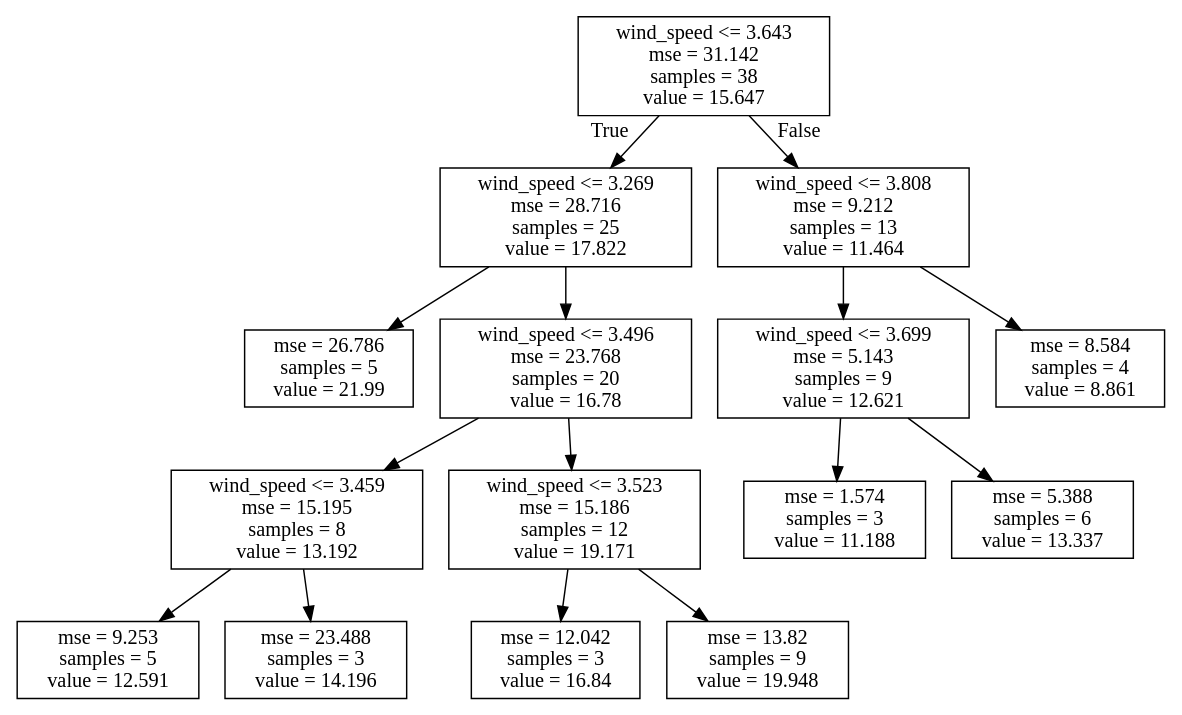
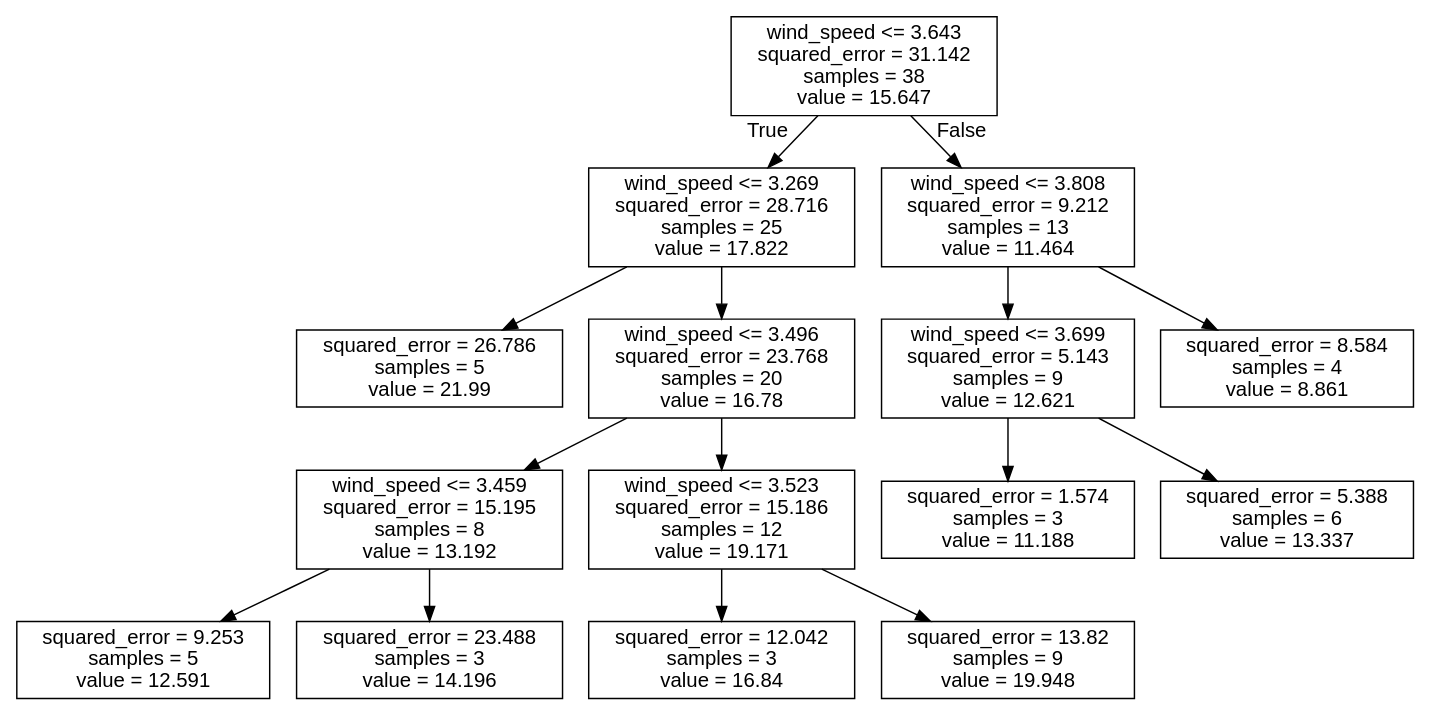
The diagram in Norway_Morsa/BayesianNetwork/Figures/Discretization_regTrees/Pairwise/DotFiles/metno_6Mseasons_chla-wind_speed.dot (NIVANorge/seasonal_forecasting_watexr), drawn with Graphviz before and after one commit. The commit also changed 113 other files, not shown here.

```diff
--- a/Norway_Morsa/BayesianNetwork/Figures/Discretization_regTrees/Pairwise/DotFiles/metno_6Mseasons_chla-wind_speed.dot
+++ b/Norway_Morsa/BayesianNetwork/Figures/Discretization_regTrees/Pairwise/DotFiles/metno_6Mseasons_chla-wind_speed.dot
@@ -1,32 +1,33 @@
 digraph Tree {
-node [shape=box] ;
-0 [label="wind_speed <= 3.643\nmse = 31.142\nsamples = 38\nvalue = 15.647"] ;
-1 [label="wind_speed <= 3.269\nmse = 28.716\nsamples = 25\nvalue = 17.822"] ;
+node [shape=box, fontname="helvetica"] ;
+edge [fontname="helvetica"] ;
+0 [label="wind_speed <= 3.643\nsquared_error = 31.142\nsamples = 38\nvalue = 15.647"] ;
+1 [label="wind_speed <= 3.269\nsquared_error = 28.716\nsamples = 25\nvalue = 17.822"] ;
 0 -> 1 [labeldistance=2.5, labelangle=45, headlabel="True"] ;
-3 [label="mse = 26.786\nsamples = 5\nvalue = 21.99"] ;
+3 [label="squared_error = 26.786\nsamples = 5\nvalue = 21.99"] ;
 1 -> 3 ;
-4 [label="wind_speed <= 3.496\nmse = 23.768\nsamples = 20\nvalue = 16.78"] ;
+4 [label="wind_speed <= 3.496\nsquared_error = 23.768\nsamples = 20\nvalue = 16.78"] ;
 1 -> 4 ;
-5 [label="wind_speed <= 3.459\nmse = 15.195\nsamples = 8\nvalue = 13.192"] ;
+5 [label="wind_speed <= 3.459\nsquared_error = 15.195\nsamples = 8\nvalue = 13.192"] ;
 4 -> 5 ;
-13 [label="mse = 9.253\nsamples = 5\nvalue = 12.591"] ;
+13 [label="squared_error = 9.253\nsamples = 5\nvalue = 12.591"] ;
 5 -> 13 ;
-14 [label="mse = 23.488\nsamples = 3\nvalue = 14.196"] ;
+14 [label="squared_error = 23.488\nsamples = 3\nvalue = 14.196"] ;
 5 -> 14 ;
-6 [label="wind_speed <= 3.523\nmse = 15.186\nsamples = 12\nvalue = 19.171"] ;
+6 [label="wind_speed <= 3.523\nsquared_error = 15.186\nsamples = 12\nvalue = 19.171"] ;
 4 -> 6 ;
-9 [label="mse = 12.042\nsamples = 3\nvalue = 16.84"] ;
+9 [label="squared_error = 12.042\nsamples = 3\nvalue = 16.84"] ;
 6 -> 9 ;
-10 [label="mse = 13.82\nsamples = 9\nvalue = 19.948"] ;
+10 [label="squared_error = 13.82\nsamples = 9\nvalue = 19.948"] ;
 6 -> 10 ;
-2 [label="wind_speed <= 3.808\nmse = 9.212\nsamples = 13\nvalue = 11.464"] ;
+2 [label="wind_speed <= 3.808\nsquared_error = 9.212\nsamples = 13\nvalue = 11.464"] ;
 0 -> 2 [labeldistance=2.5, labelangle=-45, headlabel="False"] ;
-7 [label="wind_speed <= 3.699\nmse = 5.143\nsamples = 9\nvalue = 12.621"] ;
+7 [label="wind_speed <= 3.699\nsquared_error = 5.143\nsamples = 9\nvalue = 12.621"] ;
 2 -> 7 ;
-11 [label="mse = 1.574\nsamples = 3\nvalue = 11.188"] ;
+11 [label="squared_error = 1.574\nsamples = 3\nvalue = 11.188"] ;
 7 -> 11 ;
-12 [label="mse = 5.388\nsamples = 6\nvalue = 13.337"] ;
+12 [label="squared_error = 5.388\nsamples = 6\nvalue = 13.337"] ;
 7 -> 12 ;
-8 [label="mse = 8.584\nsamples = 4\nvalue = 8.861"] ;
+8 [label="squared_error = 8.584\nsamples = 4\nvalue = 8.861"] ;
 2 -> 8 ;
 }
```
